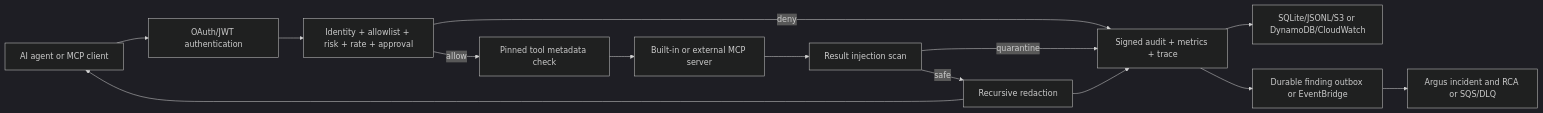
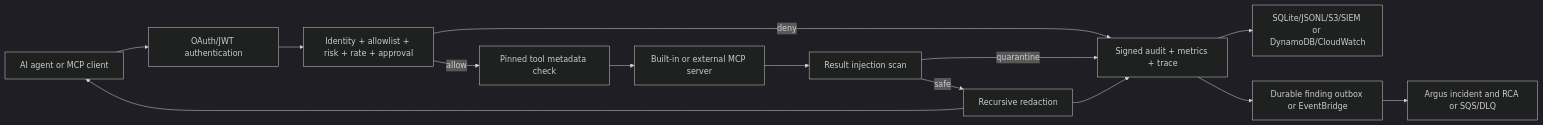
The diagram in README.md (gaurav-gs7/Verdikt), drawn with Mermaid (dark theme) before and after one commit. The commit also changed other lines of this file and 67 other files, not shown here.

````diff
--- a/README.md
+++ b/README.md
@@ -52,16 +54,16 @@
 ```mermaid
 flowchart LR
     Agent["AI agent or MCP client"] --> Auth["OAuth/JWT authentication"]
     Auth --> Request["Identity + allowlist + risk + rate + approval"]
     Request -->|"deny"| Evidence["Signed audit + metrics + trace"]
     Request -->|"allow"| Integrity["Pinned tool metadata check"]
     Integrity --> Upstream["Built-in or external MCP server"]
     Upstream --> Inspect["Result injection scan"]
     Inspect -->|"quarantine"| Evidence
     Inspect -->|"safe"| Redact["Recursive redaction"]
     Redact --> Agent
     Redact --> Evidence
-    Evidence --> Sink["SQLite/JSONL/S3 or DynamoDB/CloudWatch"]
+    Evidence --> Sink["SQLite/JSONL/S3/SIEM or DynamoDB/CloudWatch"]
     Evidence --> Finding["Durable finding outbox or EventBridge"]
     Finding --> Incident["Argus incident and RCA or SQS/DLQ"]
 ```
````
